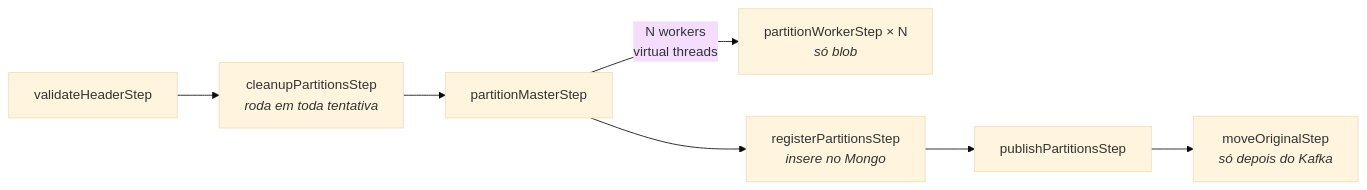
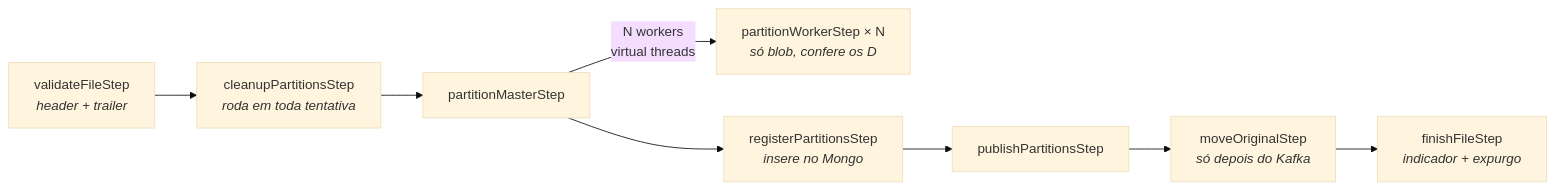
The second of 2 diagrams in docs/ARCHITECTURE.md (AlexandreSouzaRocha/poc-spring-batch-scheduled-lock), drawn with Mermaid (base theme) before and after one commit. The commit also changed other lines of this file and 3 other files, not shown here.

First line of the commit message:
Documenta layout H/D/T, indicador, expurgo e nomes em portugues

````diff
--- a/docs/ARCHITECTURE.md
+++ b/docs/ARCHITECTURE.md
@@ -108,7 +183,8 @@
 ```mermaid
 flowchart LR
-    V["validateHeaderStep"] --> C["cleanupPartitionsStep<br/><i>roda em toda tentativa</i>"]
+    V["validateFileStep<br/><i>header + trailer</i>"] --> C["cleanupPartitionsStep<br/><i>roda em toda tentativa</i>"]
     C --> M["partitionMasterStep"]
-    M -->|N workers<br/>virtual threads| W["partitionWorkerStep × N<br/><i>só blob</i>"]
+    M -->|N workers<br/>virtual threads| W["partitionWorkerStep × N<br/><i>só blob, confere os D</i>"]
     M --> R["registerPartitionsStep<br/><i>insere no Mongo</i>"] --> P["publishPartitionsStep"] --> MV["moveOriginalStep<br/><i>só depois do Kafka</i>"]
+    MV --> F["finishFileStep<br/><i>indicador + expurgo</i>"]
 ```
````
